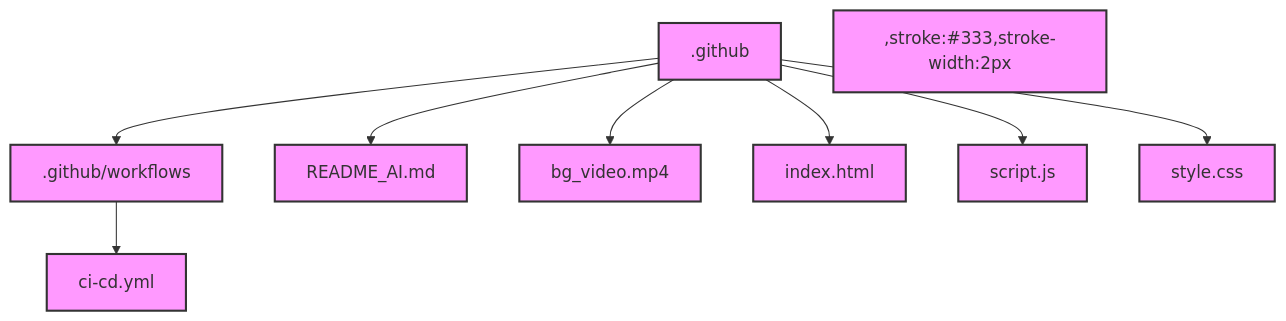
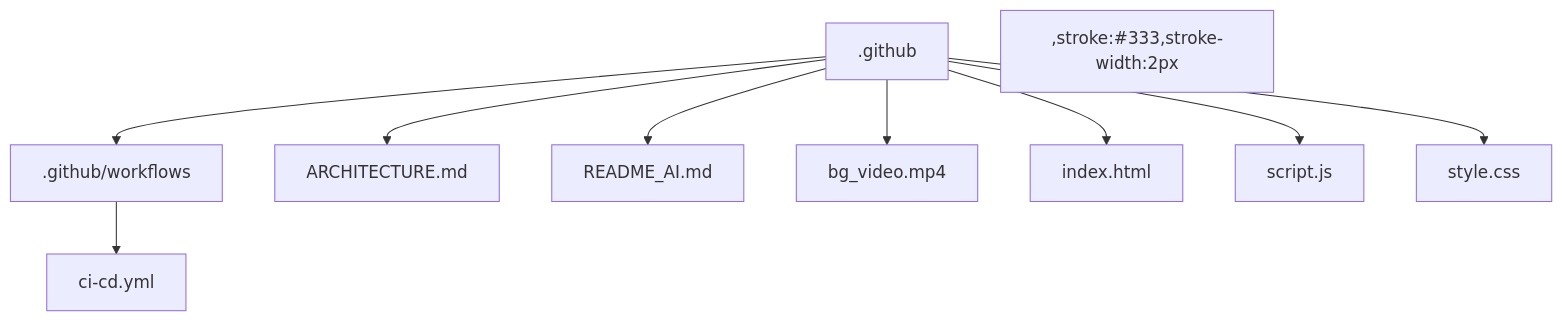
One commit to nirzaraghure/music-mood-app changed the diagram in ARCHITECTURE.md. Above: the diagram before and after it, drawn with Mermaid.

Commit message:
🤖 GitGenius: AI-generated code fix

````diff
--- a/ARCHITECTURE.md
+++ b/ARCHITECTURE.md
@@ -3,22 +3,19 @@
 ```mermaid
 graph TD
   A[.github] --> B[.github/workflows]
   B --> C[ci-cd.yml]
-  A --> D[README_AI.md]
-  A --> E[bg_video.mp4]
-  A --> F[index.html]
-  A --> G[script.js]
-  A --> H[style.css]
+  A --> D[ARCHITECTURE.md]
+  A --> E[README_AI.md]
+  A --> F[bg_video.mp4]
+  A --> G[index.html]
+  A --> H[script.js]
+  A --> I[style.css]
   ,stroke:#333,stroke-width:2px
   ,stroke:#333,stroke-width:2px
   ,stroke:#333,stroke-width:2px
   ,stroke:#333,stroke-width:2px
   ,stroke:#333,stroke-width:2px
   ,stroke:#333,stroke-width:2px
-  classDef default fill:#f9f,stroke:#333,stroke-width:2px
-  class A,B,C,D,E,F,G,H default
-  classDef file fill:#f9f,stroke:#333,stroke-width:2px
-  class C,D,E,F,G,H file
-  classDef folder fill:#f9f,stroke:#333,stroke-width:2px
-  class B folder
+  ,stroke:#333,stroke-width:2px
+  ,stroke:#333,stroke-width:2px
 ```
````
